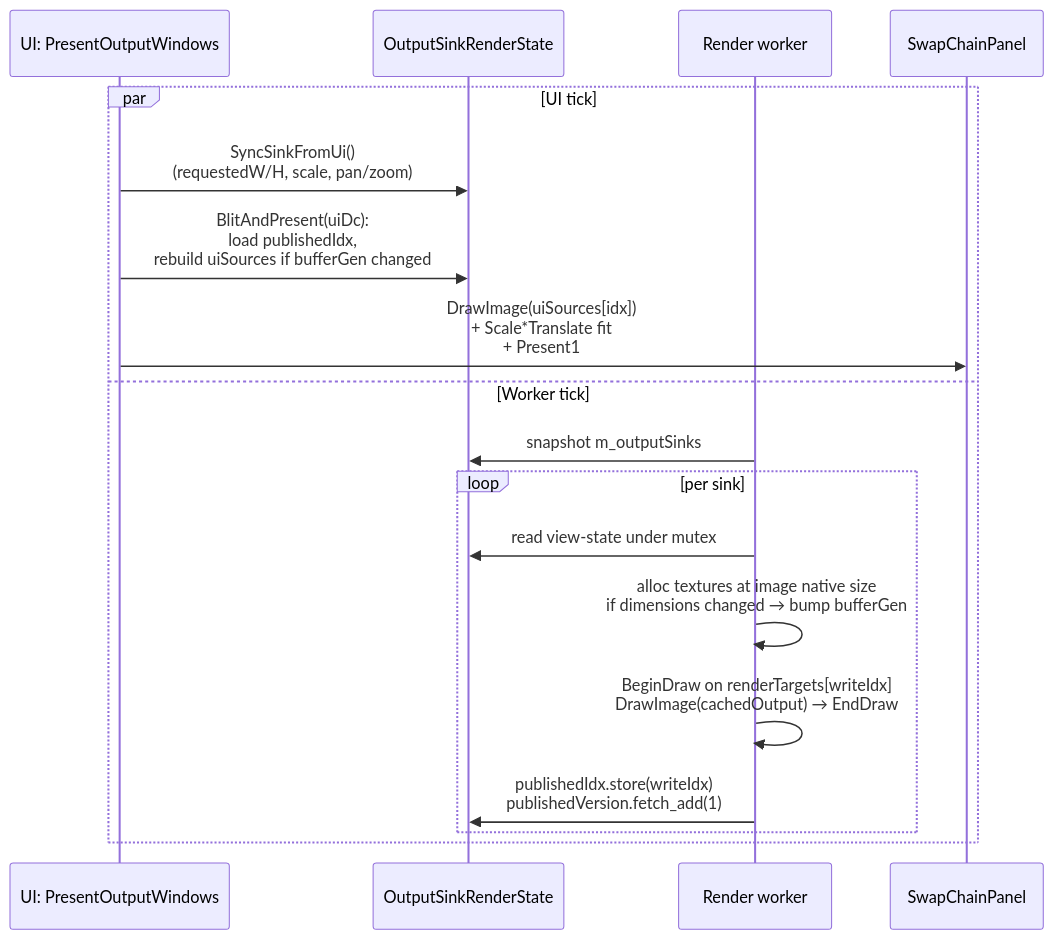
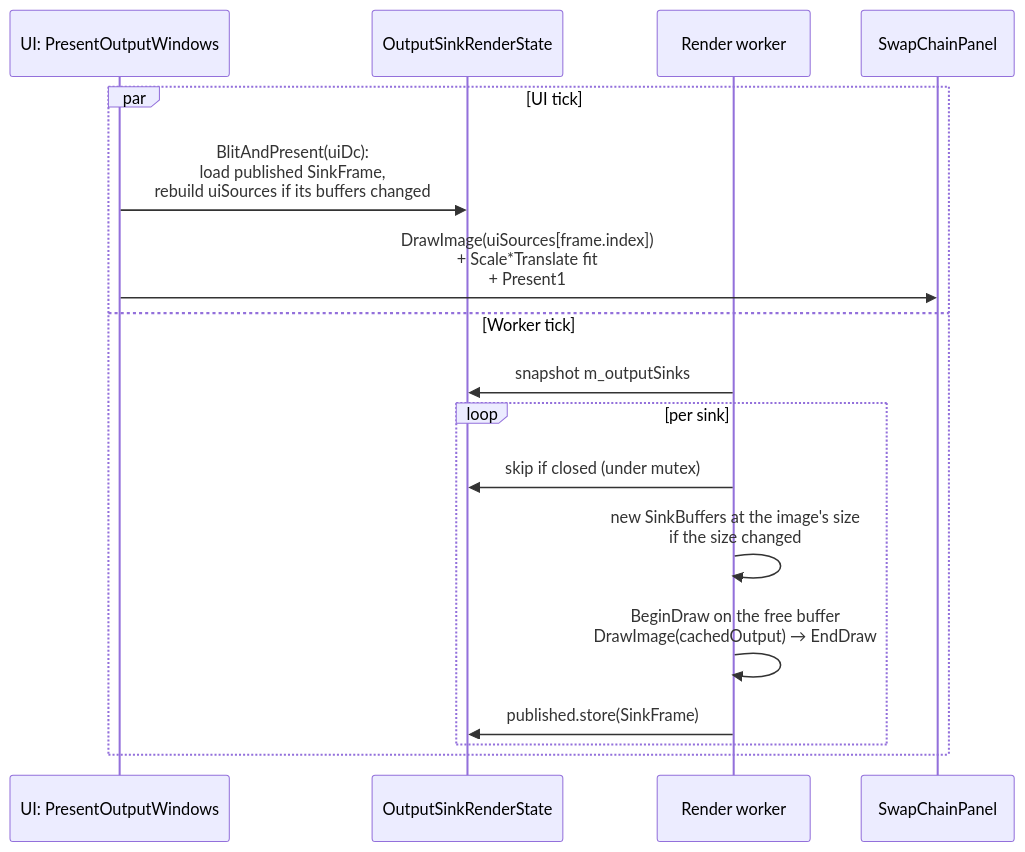
One commit to Spruill-1/ShaderLab changed the fifth of 7 diagrams in docs/architecture/threading-model.md. Above: the diagram before and after it, drawn with Mermaid. The commit also changed other lines of this file and 356 other files, not shown here.

````diff
--- a/docs/architecture/threading-model.md
+++ b/docs/architecture/threading-model.md
@@ -225,21 +256,20 @@
 ```mermaid
 sequenceDiagram
     participant UIPaint as UI: PresentOutputWindows
     participant Sink as OutputSinkRenderState
     participant W as Render worker
     participant Panel as SwapChainPanel
 
     par UI tick
-        UIPaint->>Sink: SyncSinkFromUi()<br/>(requestedW/H, scale, pan/zoom)
-        UIPaint->>Sink: BlitAndPresent(uiDc):<br/>load publishedIdx,<br/>rebuild uiSources if bufferGen changed
-        UIPaint->>Panel: DrawImage(uiSources[idx])<br/>+ Scale*Translate fit<br/>+ Present1
+        UIPaint->>Sink: BlitAndPresent(uiDc):<br/>load published SinkFrame,<br/>rebuild uiSources if its buffers changed
+        UIPaint->>Panel: DrawImage(uiSources[frame.index])<br/>+ Scale*Translate fit<br/>+ Present1
     and Worker tick
         W->>Sink: snapshot m_outputSinks
         loop per sink
-            W->>Sink: read view-state under mutex
-            W->>W: alloc textures at image native size<br/>if dimensions changed → bump bufferGen
-            W->>W: BeginDraw on renderTargets[writeIdx]<br/>DrawImage(cachedOutput) → EndDraw
-            W->>Sink: publishedIdx.store(writeIdx)<br/>publishedVersion.fetch_add(1)
+            W->>Sink: skip if closed (under mutex)
+            W->>W: new SinkBuffers at the image's size<br/>if the size changed
+            W->>W: BeginDraw on the free buffer<br/>DrawImage(cachedOutput) → EndDraw
+            W->>Sink: published.store(SinkFrame)
         end
     end
 ```
````
